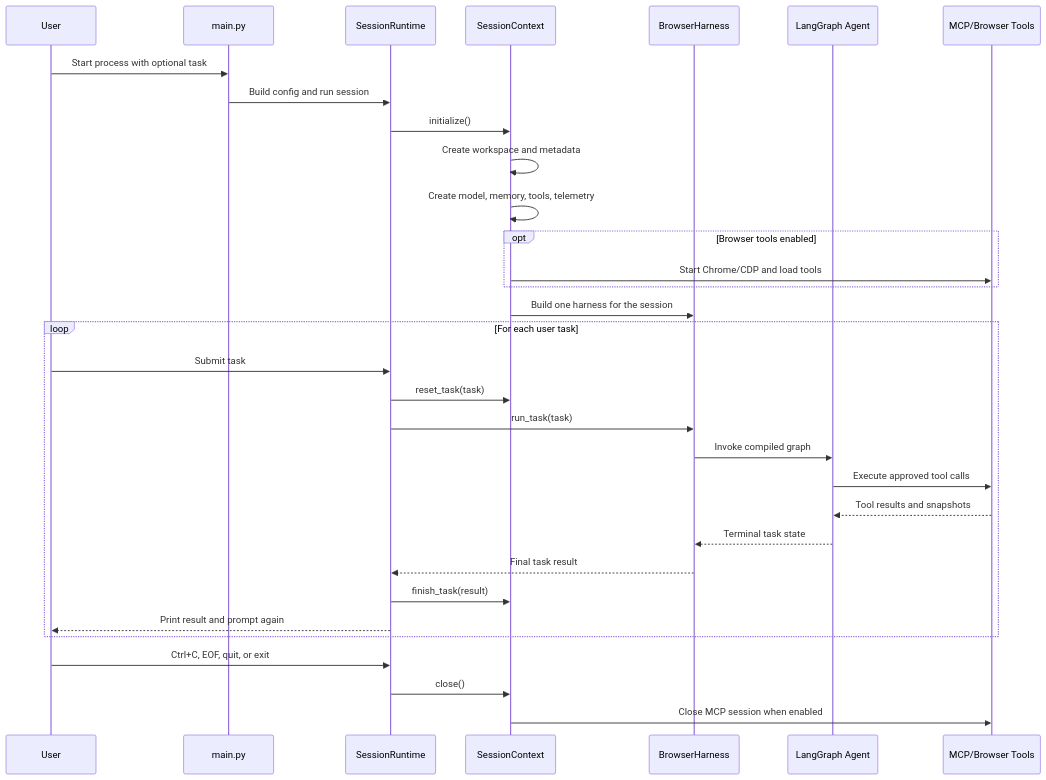
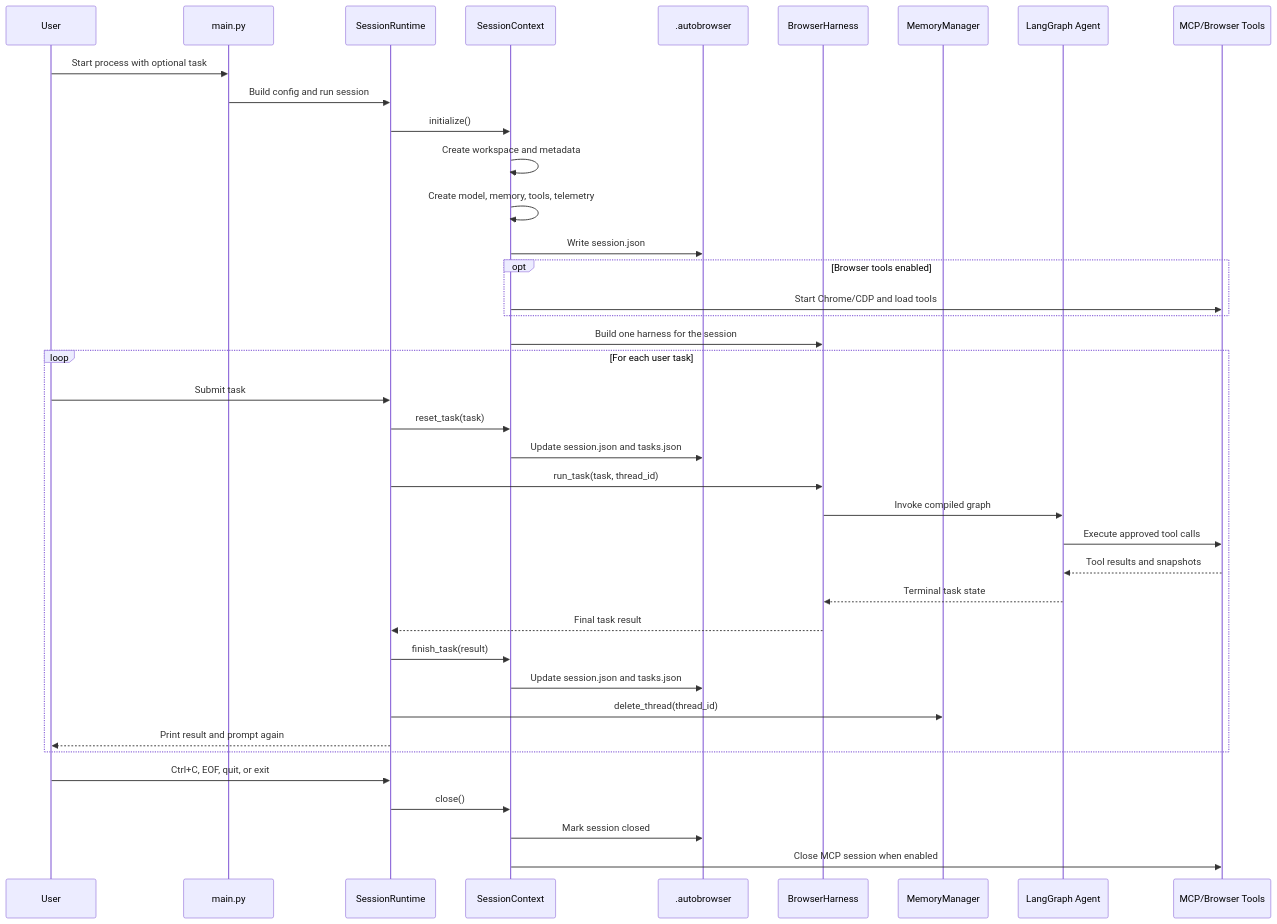
The diagram in docs/diagrams/session-runtime-sequence.md (Hastur456/AutoBrowser), drawn with Mermaid before and after one commit. The commit also changed 11 other files, not shown here.

````diff
--- a/docs/diagrams/session-runtime-sequence.md
+++ b/docs/diagrams/session-runtime-sequence.md
@@ -7,35 +7,42 @@
 ```mermaid
 sequenceDiagram
   participant User
   participant CLI as main.py
   participant Session as SessionRuntime
   participant Context as SessionContext
+  participant Files as .autobrowser
   participant Harness as BrowserHarness
+  participant Memory as MemoryManager
   participant Agent as LangGraph Agent
   participant MCP as MCP/Browser Tools
 
   User->>CLI: Start process with optional task
   CLI->>Session: Build config and run session
   Session->>Context: initialize()
   Context->>Context: Create workspace and metadata
   Context->>Context: Create model, memory, tools, telemetry
+  Context->>Files: Write session.json
   opt Browser tools enabled
     Context->>MCP: Start Chrome/CDP and load tools
   end
   Context->>Harness: Build one harness for the session
   loop For each user task
     User->>Session: Submit task
     Session->>Context: reset_task(task)
-    Session->>Harness: run_task(task)
+    Context->>Files: Update session.json and tasks.json
+    Session->>Harness: run_task(task, thread_id)
     Harness->>Agent: Invoke compiled graph
     Agent->>MCP: Execute approved tool calls
     MCP-->>Agent: Tool results and snapshots
     Agent-->>Harness: Terminal task state
     Harness-->>Session: Final task result
     Session->>Context: finish_task(result)
+    Context->>Files: Update session.json and tasks.json
+    Session->>Memory: delete_thread(thread_id)
     Session-->>User: Print result and prompt again
   end
   User->>Session: Ctrl+C, EOF, quit, or exit
   Session->>Context: close()
+  Context->>Files: Mark session closed
   Context->>MCP: Close MCP session when enabled
 ```
````
